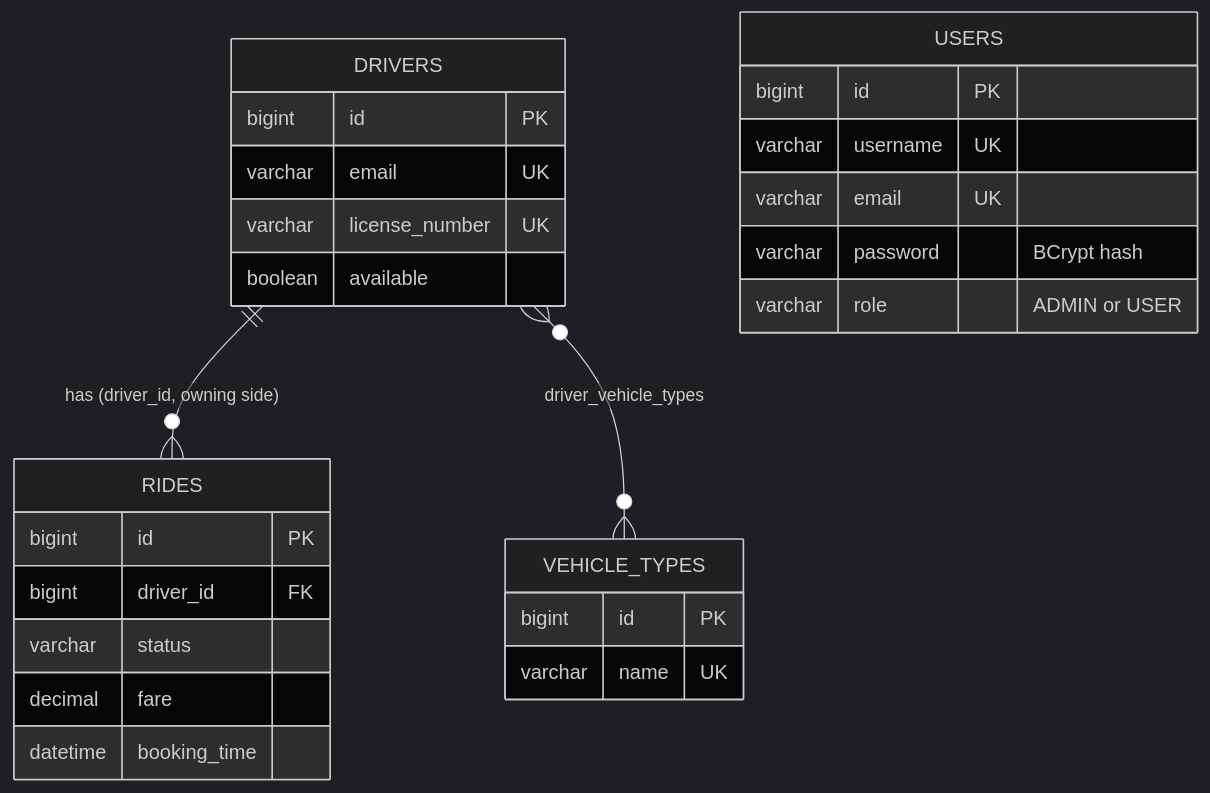
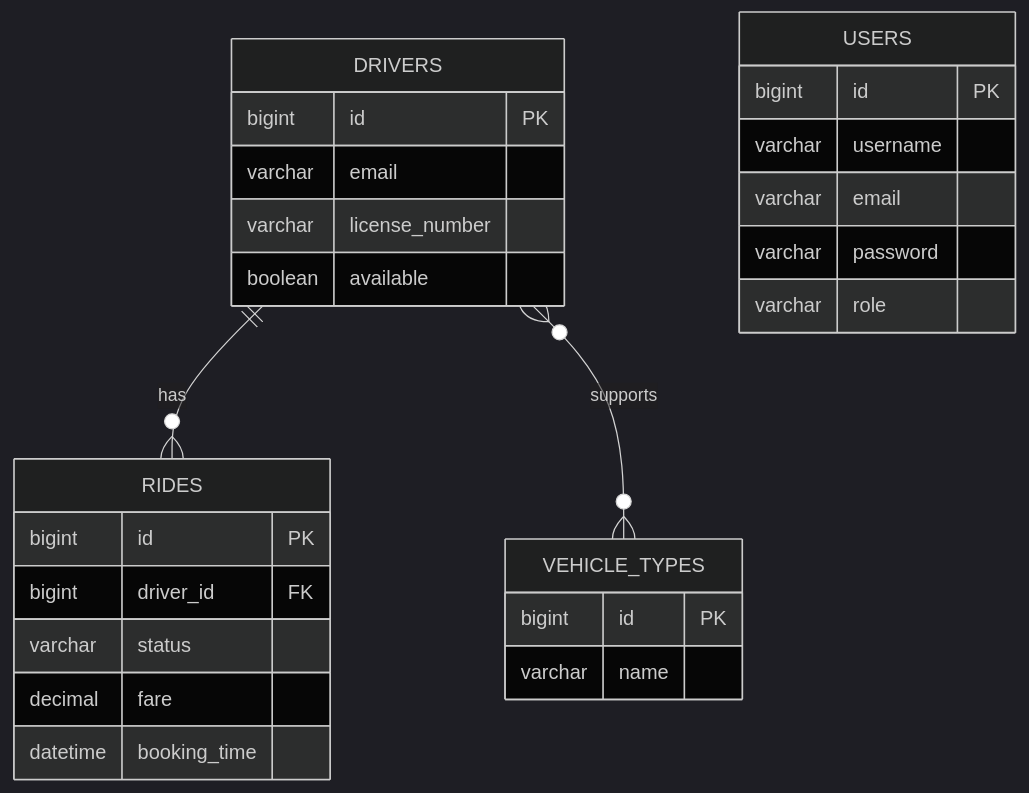
The fourth of 5 diagrams in docs/ARCHITECTURE.md (sameerkr056/crunchy-java-backend-t5-sameer), drawn with Mermaid (dark theme) before and after one commit. The commit also changed other lines of this file and 9 other files, not shown here.

````diff
--- a/docs/ARCHITECTURE.md
+++ b/docs/ARCHITECTURE.md
@@ -67,29 +108,33 @@
 ```mermaid
 erDiagram
-    DRIVERS ||--o{ RIDES : "has (driver_id, owning side)"
-    DRIVERS }o--o{ VEHICLE_TYPES : "driver_vehicle_types"
+    DRIVERS ||--o{ RIDES : has
+    DRIVERS }o--o{ VEHICLE_TYPES : supports
+
     USERS {
         bigint id PK
-        varchar username UK
-        varchar email UK
-        varchar password "BCrypt hash"
-        varchar role "ADMIN or USER"
+        varchar username
+        varchar email
+        varchar password
+        varchar role
     }
+
     DRIVERS {
         bigint id PK
-        varchar email UK
-        varchar license_number UK
+        varchar email
+        varchar license_number
         boolean available
     }
+
     RIDES {
         bigint id PK
         bigint driver_id FK
         varchar status
         decimal fare
         datetime booking_time
     }
+
     VEHICLE_TYPES {
         bigint id PK
-        varchar name UK
+        varchar name
     }
 ```
````
